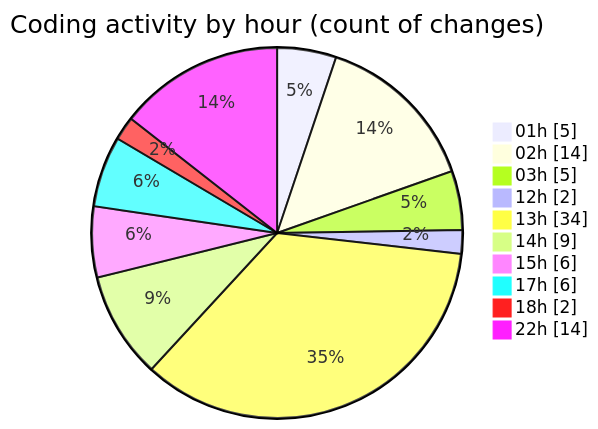
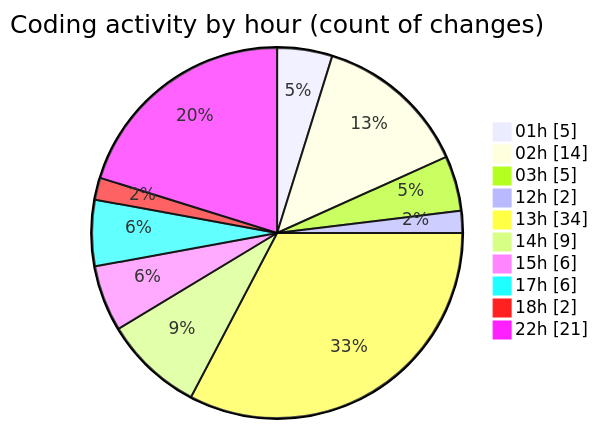
Before and after one commit to julien-gomy/code-tracking: the second of 2 diagrams in 2025-10-23/eventscop-frontend-guide__workspace_/README.md, drawn with Mermaid. The commit also changed other lines of this file and 1 other file, not shown here.

````diff
--- a/2025-10-23/eventscop-frontend-guide__workspace_/README.md
+++ b/2025-10-23/eventscop-frontend-guide__workspace_/README.md
@@ -50,14 +50,14 @@
 ```mermaid
 pie showData
 title Coding activity by hour (count of changes)
 "01h" : 5
 "02h" : 14
 "03h" : 5
 "12h" : 2
 "13h" : 34
 "14h" : 9
 "15h" : 6
 "17h" : 6
 "18h" : 2
-"22h" : 14
+"22h" : 21
 ```
````
